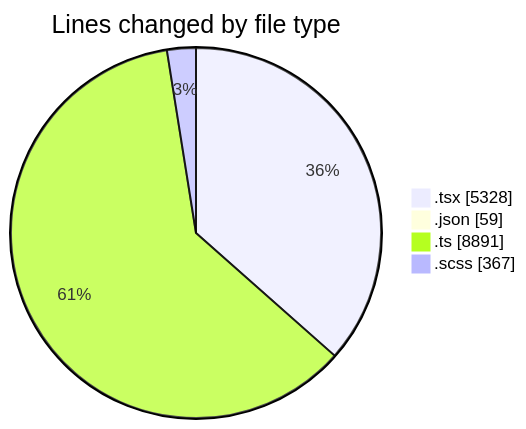
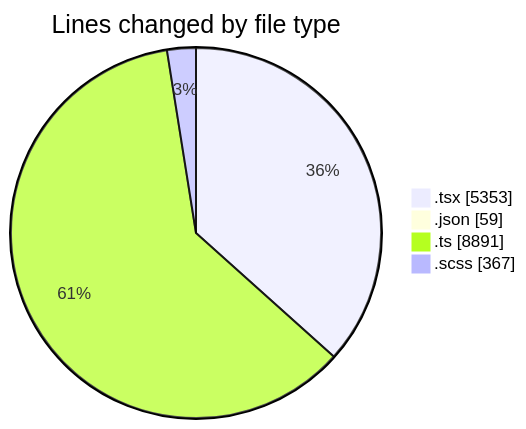
One commit to momahboobian/code-tracking changed the first of 2 diagrams in 2025-11-24/cda/README.md. Above: the diagram before and after it, drawn with Mermaid. The commit also changed other lines of this file and 1 other file, not shown here.

````diff
--- a/2025-11-24/cda/README.md
+++ b/2025-11-24/cda/README.md
@@ -37,8 +37,8 @@
 ```mermaid
 pie showData
 title Lines changed by file type
-".tsx" : 5328
+".tsx" : 5353
 ".json" : 59
 ".ts" : 8891
 ".scss" : 367
 ```
````
